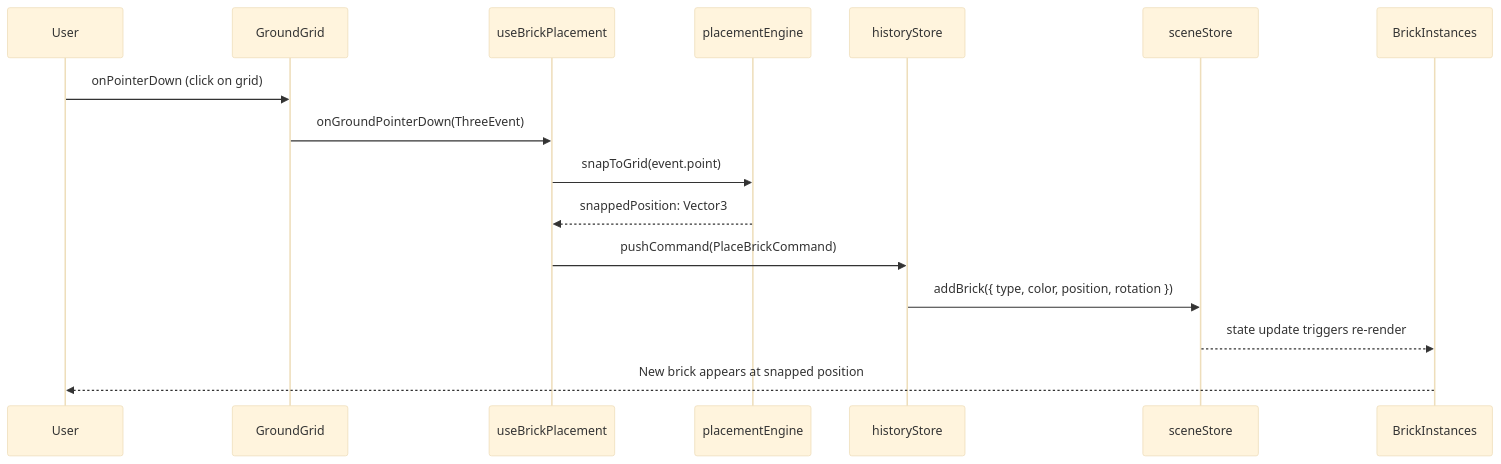
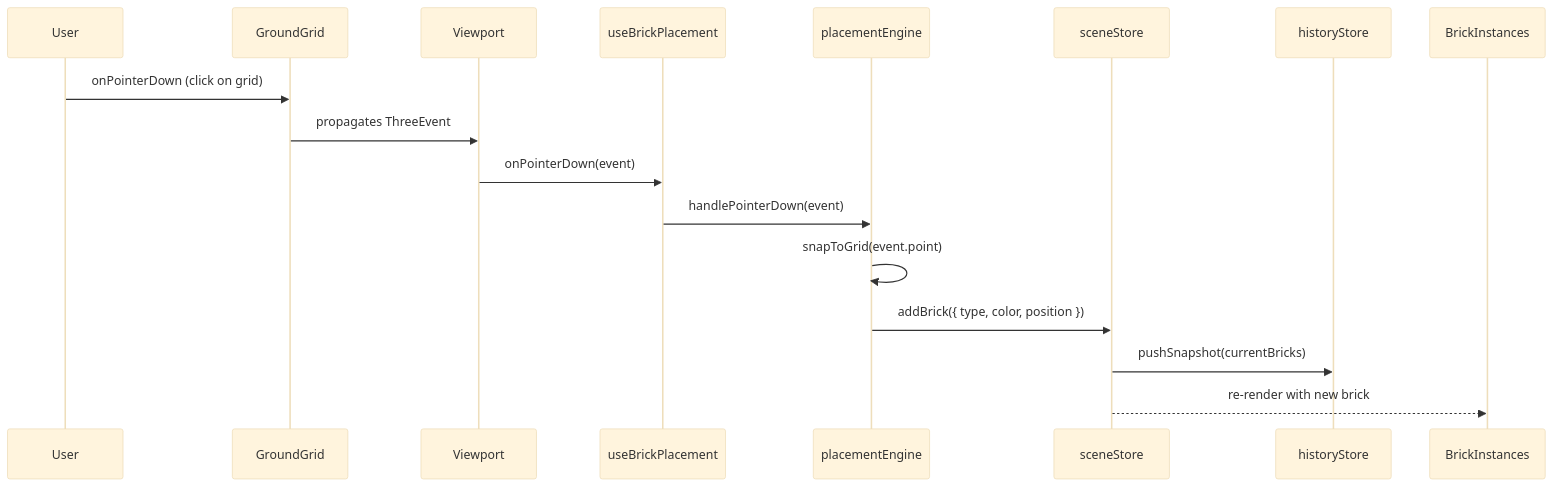
Before and after one commit to sreenivasmrpivot/legobuilder: the first of 5 diagrams in docs/bugs/BUG-088/LOW_LEVEL_DESIGN.md, drawn with Mermaid (base theme). The commit also changed other lines of this file, not shown here.

````diff
--- a/docs/bugs/BUG-088/LOW_LEVEL_DESIGN.md
+++ b/docs/bugs/BUG-088/LOW_LEVEL_DESIGN.md
@@ -546,19 +421,19 @@
 ```mermaid
 sequenceDiagram
     participant User
     participant GroundGrid
+    participant Viewport
     participant useBrickPlacement
     participant placementEngine
+    participant sceneStore
     participant historyStore
-    participant sceneStore
-    participant BrickInstances
 
     User->>GroundGrid: onPointerDown (click on grid)
-    GroundGrid->>useBrickPlacement: onGroundPointerDown(ThreeEvent)
-    useBrickPlacement->>placementEngine: snapToGrid(event.point)
-    placementEngine-->>useBrickPlacement: snappedPosition: Vector3
-    useBrickPlacement->>historyStore: pushCommand(PlaceBrickCommand)
-    historyStore->>sceneStore: addBrick({ type, color, position, rotation })
-    sceneStore-->>BrickInstances: state update triggers re-render
-    BrickInstances-->>User: New brick appears at snapped position
+    GroundGrid->>Viewport: propagates ThreeEvent
+    Viewport->>useBrickPlacement: onPointerDown(event)
+    useBrickPlacement->>placementEngine: handlePointerDown(event)
+    placementEngine->>placementEngine: snapToGrid(event.point)
+    placementEngine->>sceneStore: addBrick({ type, color, position })
+    sceneStore->>historyStore: pushSnapshot(currentBricks)
+    sceneStore-->>BrickInstances: re-render with new brick
 ```
````
